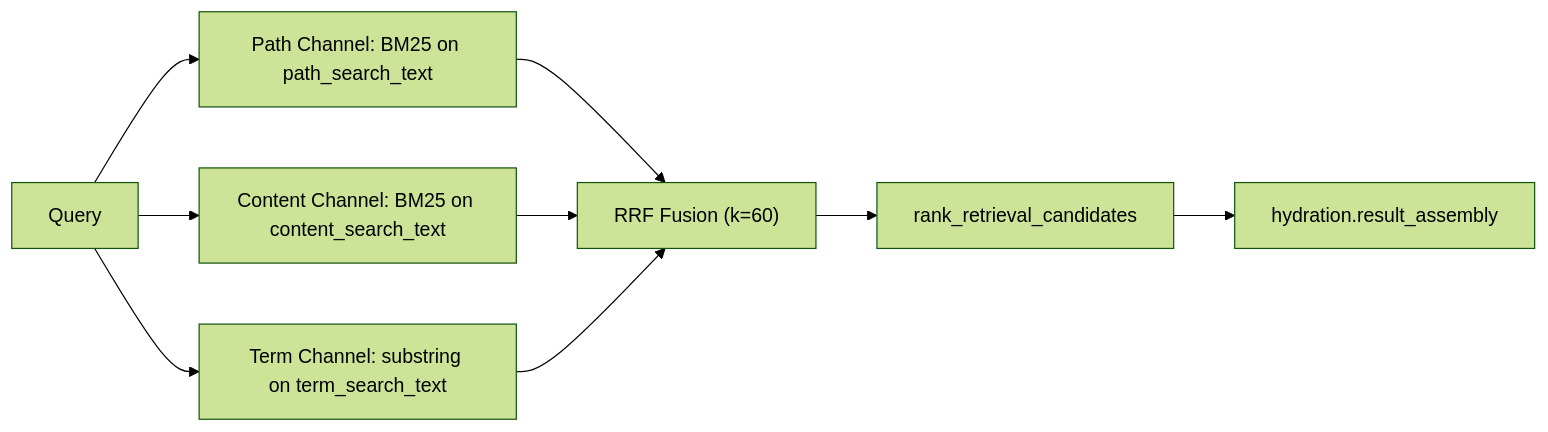
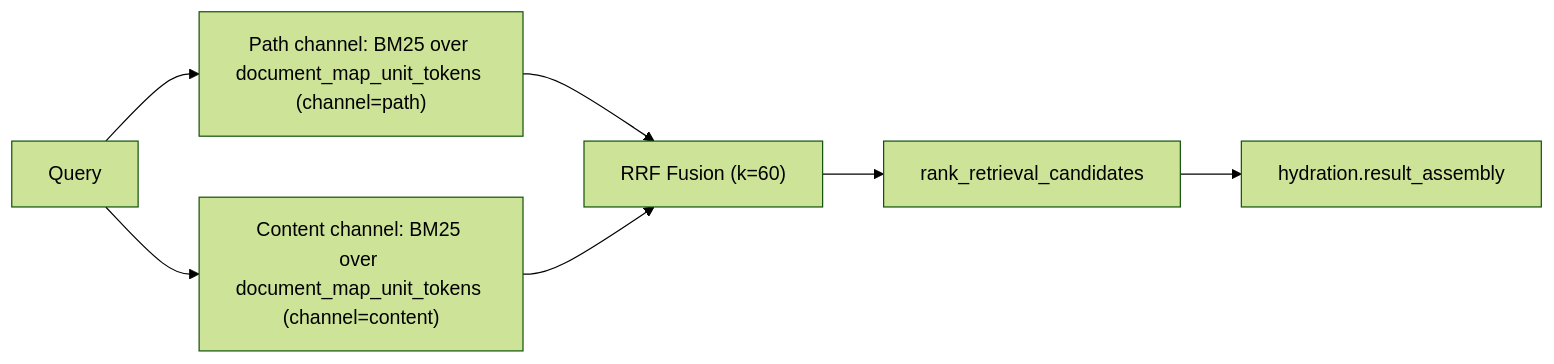
Before and after one commit to Ontos-AI/knowhere: the fourth of 4 diagrams in AGENTS.md, drawn with Mermaid (forest theme). The commit also changed other lines of this file and 24 other files, not shown here.

````diff
--- a/AGENTS.md
+++ b/AGENTS.md
@@ -562,11 +566,9 @@
 ```mermaid
 flowchart LR
-    Q[Query] --> P[Path Channel: BM25 on path_search_text]
-    Q --> C[Content Channel: BM25 on content_search_text]
-    Q --> T[Term Channel: substring on term_search_text]
+    Q[Query] --> P["Path channel: BM25 over document_map_unit_tokens (channel=path)"]
+    Q --> C["Content channel: BM25 over document_map_unit_tokens (channel=content)"]
     P --> RRF["RRF Fusion (k=60)"]
     C --> RRF
-    T --> RRF
     RRF --> Rank[rank_retrieval_candidates]
     Rank --> Assemble[hydration.result_assembly]
 ```
````
